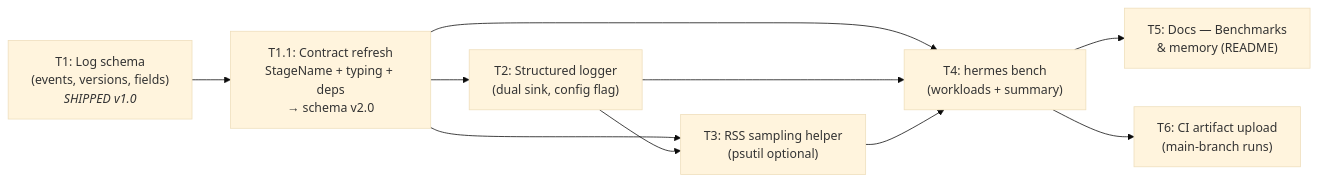
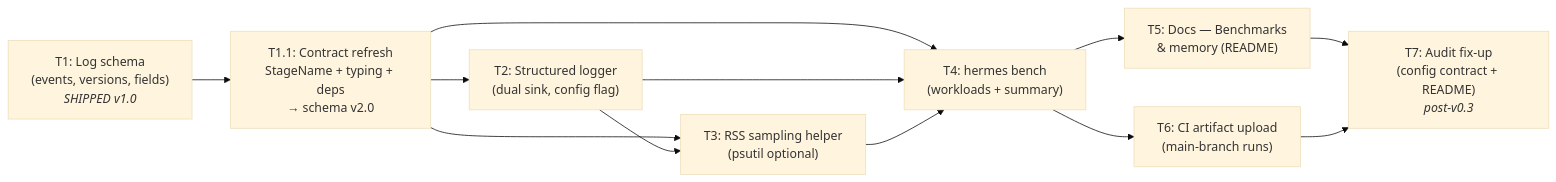
Before and after one commit to naaas94/Hermes: the diagram in .dev/part_b/b-plan.md, drawn with Mermaid (base theme). The commit also changed other lines of this file and 38 other files, not shown here.

````diff
--- a/.dev/part_b/b-plan.md
+++ b/.dev/part_b/b-plan.md
@@ -163,20 +167,23 @@
 ```mermaid
 graph LR
     T1["T1: Log schema<br/>(events, versions, fields)<br/><i>SHIPPED v1.0</i>"]
     T1p1["T1.1: Contract refresh<br/>StageName + typing + deps<br/>→ schema v2.0"]
     T2["T2: Structured logger<br/>(dual sink, config flag)"]
     T3["T3: RSS sampling helper<br/>(psutil optional)"]
     T4["T4: hermes bench<br/>(workloads + summary)"]
     T5["T5: Docs — Benchmarks<br/>& memory (README)"]
     T6["T6: CI artifact upload<br/>(main-branch runs)"]
 
     T1 --> T1p1
     T1p1 --> T2
     T1p1 --> T3
     T1p1 --> T4
     T2 --> T3
     T2 --> T4
     T3 --> T4
     T4 --> T5
     T4 --> T6
+    T5 --> T7
+    T6 --> T7
+    T7["T7: Audit fix-up<br/>(config contract + README)<br/><i>post-v0.3</i>"]
 ```
````
